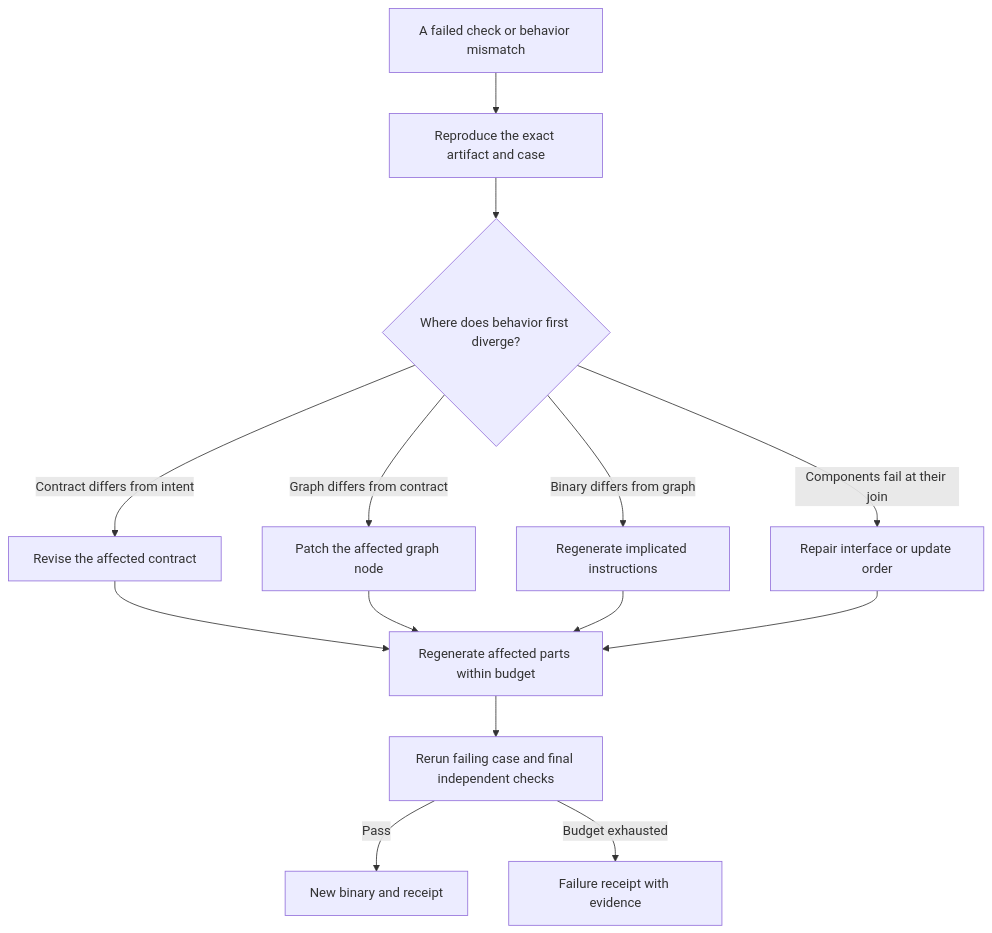
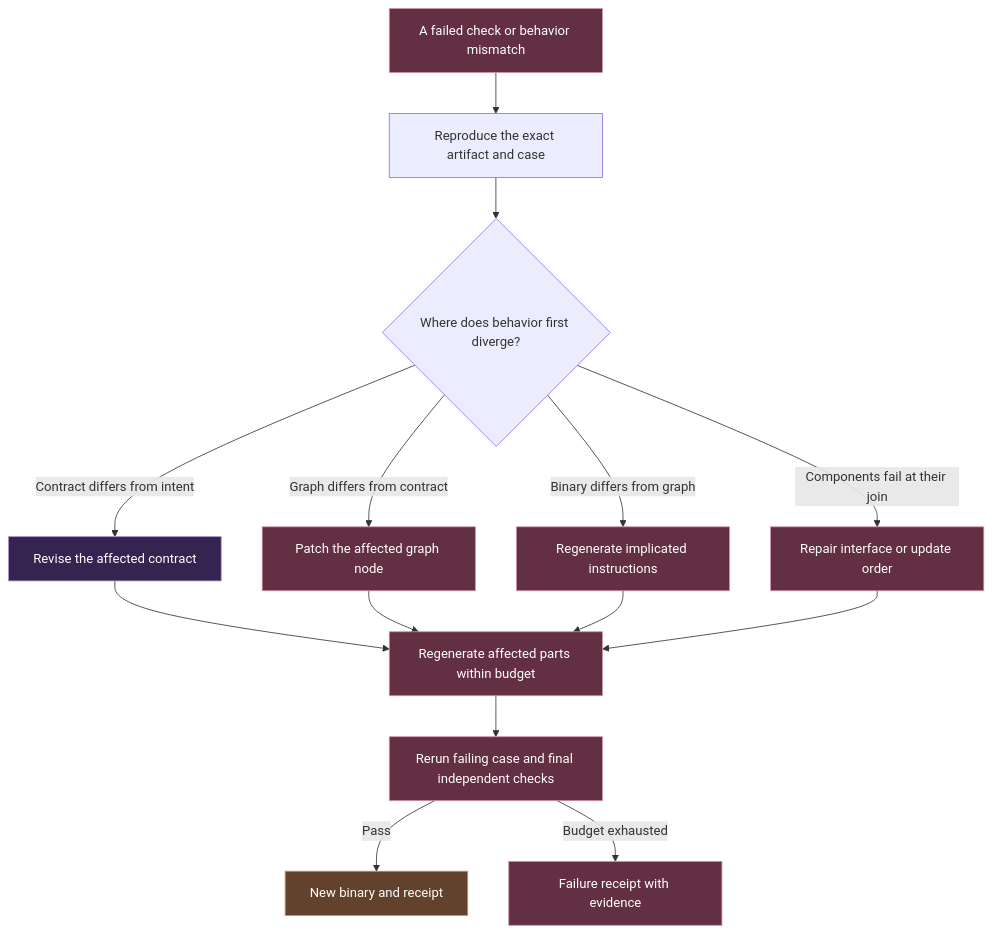
One commit to Kian-hdr/lore-demo changed the third of 5 diagrams in docs/Architecture.md. Above: the diagram before and after it, drawn with Mermaid. The commit also changed other lines of this file and 7 other files, not shown here.

Commit message:
IND-317 visualize memory architecture and use numeric hierarchy codes

````diff
--- a/docs/Architecture.md
+++ b/docs/Architecture.md
@@ -63,16 +78,22 @@
 ```mermaid
 flowchart TD
     A["A failed check or behavior mismatch"] --> B["Reproduce the exact artifact and case"]
     B --> C{"Where does behavior first diverge?"}
     C -->|Contract differs from intent| D["Revise the affected contract"]
     C -->|Graph differs from contract| E["Patch the affected graph node"]
     C -->|Binary differs from graph| F["Regenerate implicated instructions"]
     C -->|Components fail at their join| G["Repair interface or update order"]
     D --> H["Regenerate affected parts within budget"]
     E --> H
     F --> H
     G --> H
     H --> I["Rerun failing case and final independent checks"]
     I -->|Pass| J["New binary and receipt"]
     I -->|Budget exhausted| K["Failure receipt with evidence"]
+    classDef change fill:#632f43,stroke:#cf93ab,color:#ffffff;
+    class A,E,F,G,H,I,K change;
+    classDef plan fill:#35244f,stroke:#aa91d2,color:#ffffff;
+    class D plan;
+    classDef exec fill:#62422d,stroke:#c39770,color:#ffffff;
+    class J exec;
 ```
````
